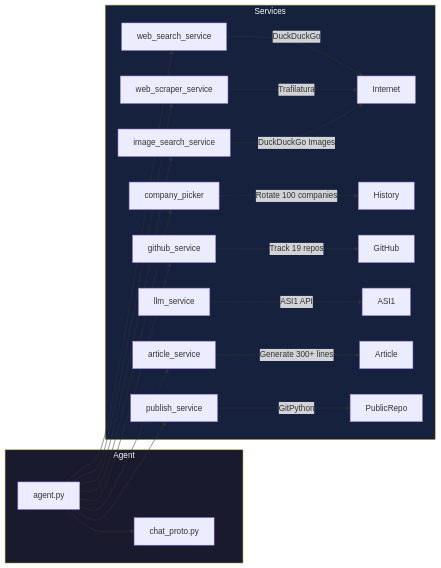
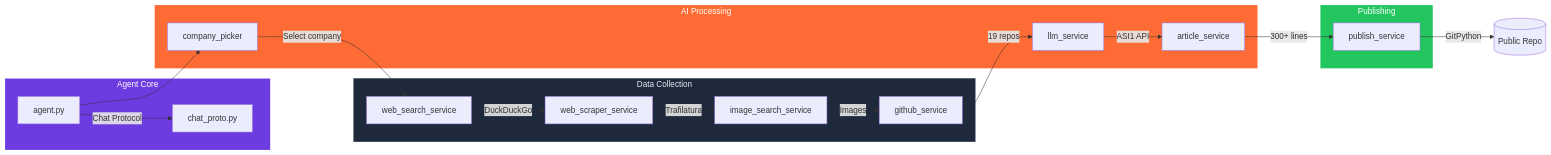
One commit to gautammanak1/ai-tech-daily-agent changed the second of 2 diagrams in README.md. Above: the diagram before and after it, drawn with Mermaid. The commit also changed other lines of this file and 1 other file, not shown here.

First line of the commit message:
docs: redesign README with badges, improved diagrams, and better structure

````diff
--- a/README.md
+++ b/README.md
@@ -46,28 +82,38 @@
 ```mermaid
 graph LR
-    subgraph Agent
-        A[agent.py] --> P[chat_proto.py]
+    subgraph Core ["Agent Core"]
+        A[agent.py] -->|Chat Protocol| P[chat_proto.py]
     end
 
-    subgraph Services
-        WS[web_search_service] --> |DuckDuckGo| Internet
-        SC[web_scraper_service] --> |Trafilatura| Internet
-        IS[image_search_service] --> |DuckDuckGo Images| Internet
-        CP[company_picker] --> |Rotate 100 companies| History
-        GH[github_service] --> |Track 19 repos| GitHub
-        LLM[llm_service] --> |ASI1 API| ASI1
-        ART[article_service] --> |Generate 300+ lines| Article
-        PUB[publish_service] --> |GitPython| PublicRepo
+    subgraph Data ["Data Collection"]
+        WS[web_search_service]
+        SC[web_scraper_service]
+        IS[image_search_service]
+        GH[github_service]
+    end
+
+    subgraph Intelligence ["AI Processing"]
+        CP[company_picker]
+        LLM[llm_service]
+        ART[article_service]
+    end
+
+    subgraph Output ["Publishing"]
+        PUB[publish_service]
     end
 
     A --> CP
-    A --> WS
-    A --> SC
-    A --> IS
-    A --> GH
-    A --> ART
-    A --> PUB
+    CP -->|Select company| WS
+    WS -->|DuckDuckGo| SC
+    SC -->|Trafilatura| IS
+    IS -->|Images| GH
+    GH -->|19 repos| LLM
+    LLM -->|ASI1 API| ART
+    ART -->|300+ lines| PUB
+    PUB -->|GitPython| REPO[(Public Repo)]
 
-    style Agent fill:#1a1a2e,color:#fff
-    style Services fill:#16213e,color:#fff
+    style Core fill:#6C3CE1,color:#fff,stroke:none
+    style Data fill:#1e293b,color:#e2e8f0,stroke:#334155
+    style Intelligence fill:#FF6B35,color:#fff,stroke:none
+    style Output fill:#22c55e,color:#fff,stroke:none
 ```
````
